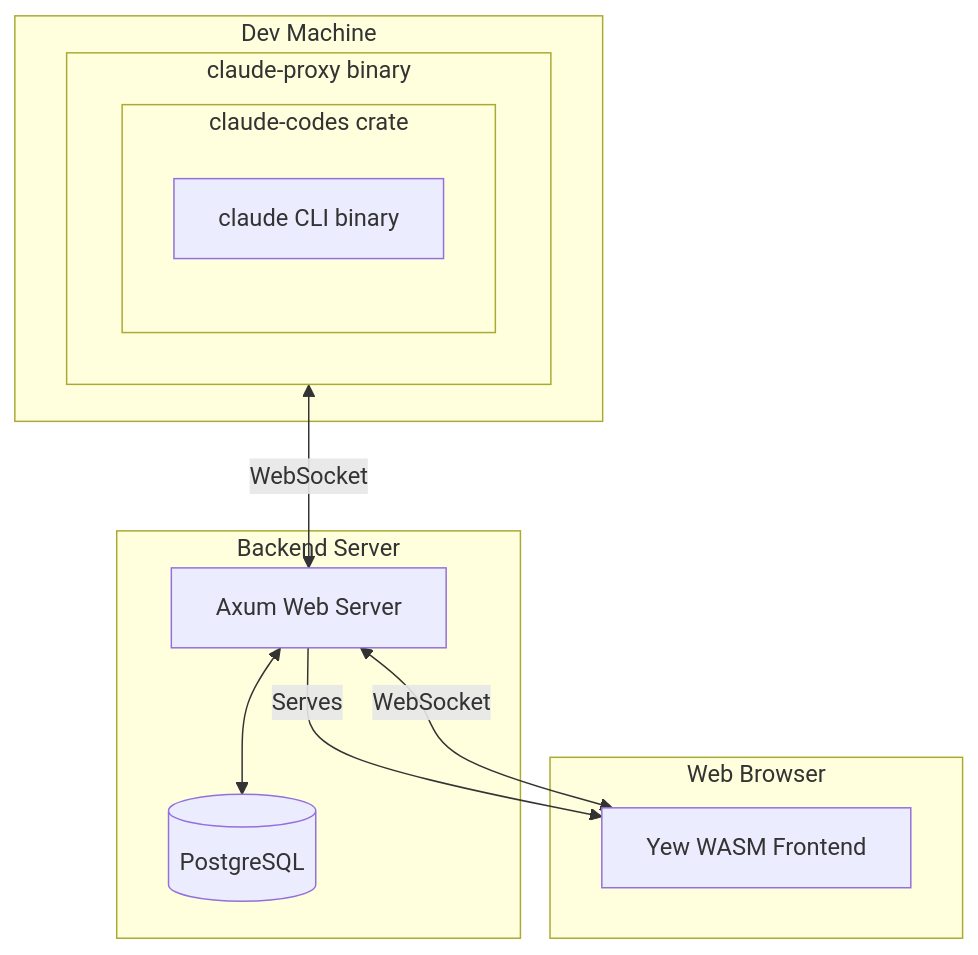
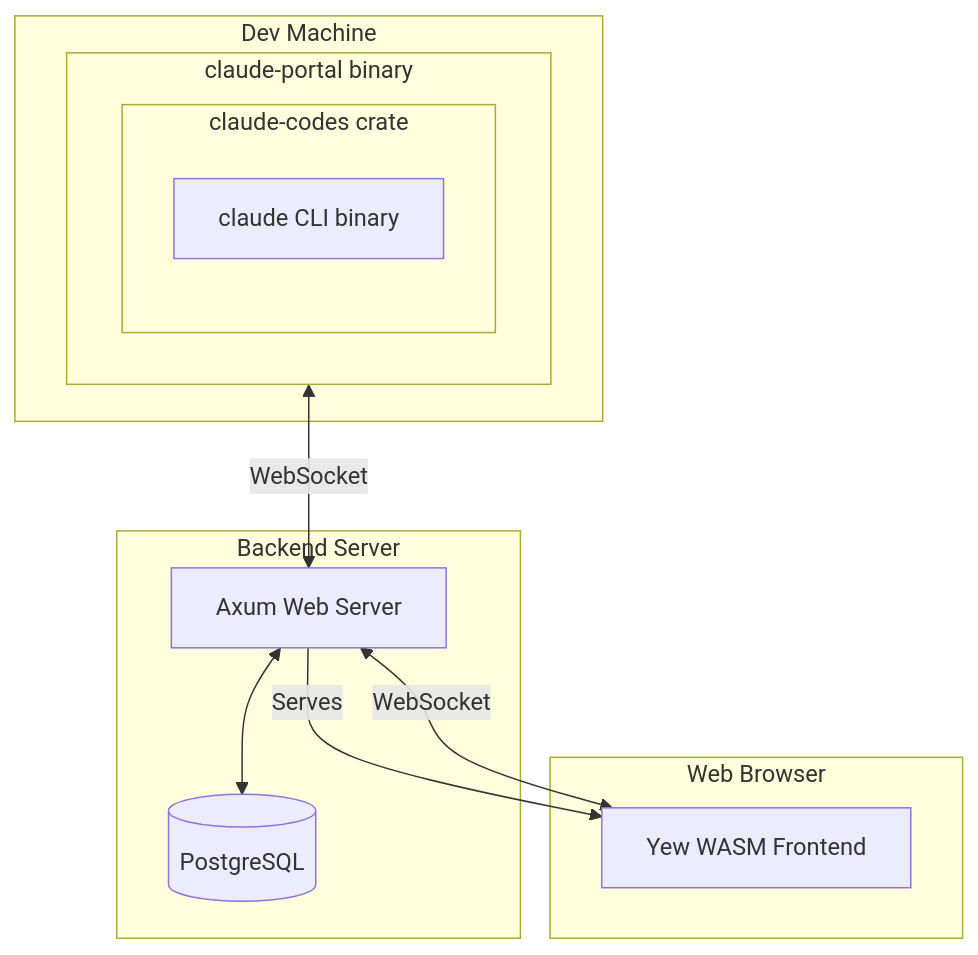
One commit to meawoppl/claude-code-portal changed the diagram in README.md. Above: the diagram before and after it, drawn with Mermaid. The commit also changed other lines of this file and 40 other files, not shown here.

First line of the commit message:
Rebrand from cc-proxy to claude-code-portal

````diff
--- a/README.md
+++ b/README.md
@@ -24,24 +24,24 @@
 ```mermaid
 flowchart TB
     subgraph dev["Dev Machine"]
-        subgraph proxy["claude-proxy binary"]
+        subgraph portal["claude-portal binary"]
             subgraph codes["claude-codes crate"]
                 claude["claude CLI binary"]
             end
         end
     end
 
     subgraph server["Backend Server"]
         axum["Axum Web Server"]
         db[(PostgreSQL)]
         axum <--> db
     end
 
     subgraph browser["Web Browser"]
         yew["Yew WASM Frontend"]
     end
 
-    proxy <-->|"WebSocket"| axum
+    portal <-->|"WebSocket"| axum
     yew <-->|"WebSocket"| axum
     axum -->|"Serves"| yew
 ```
````
